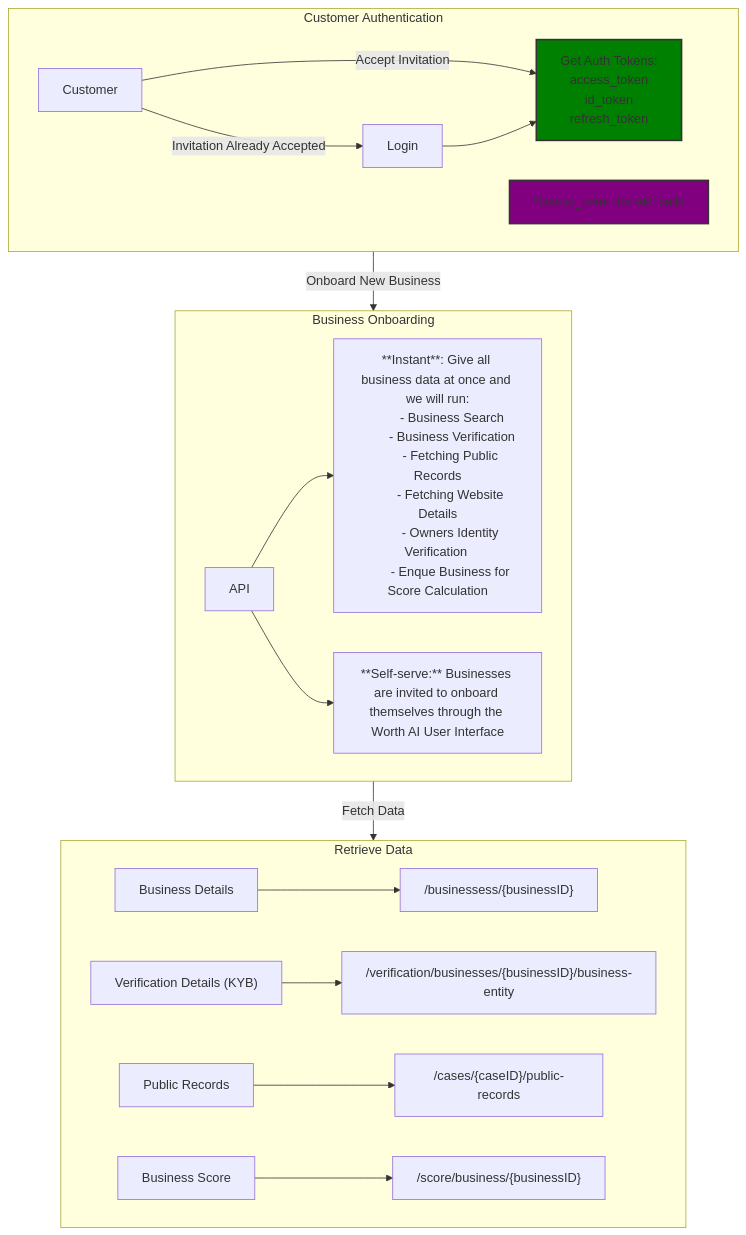
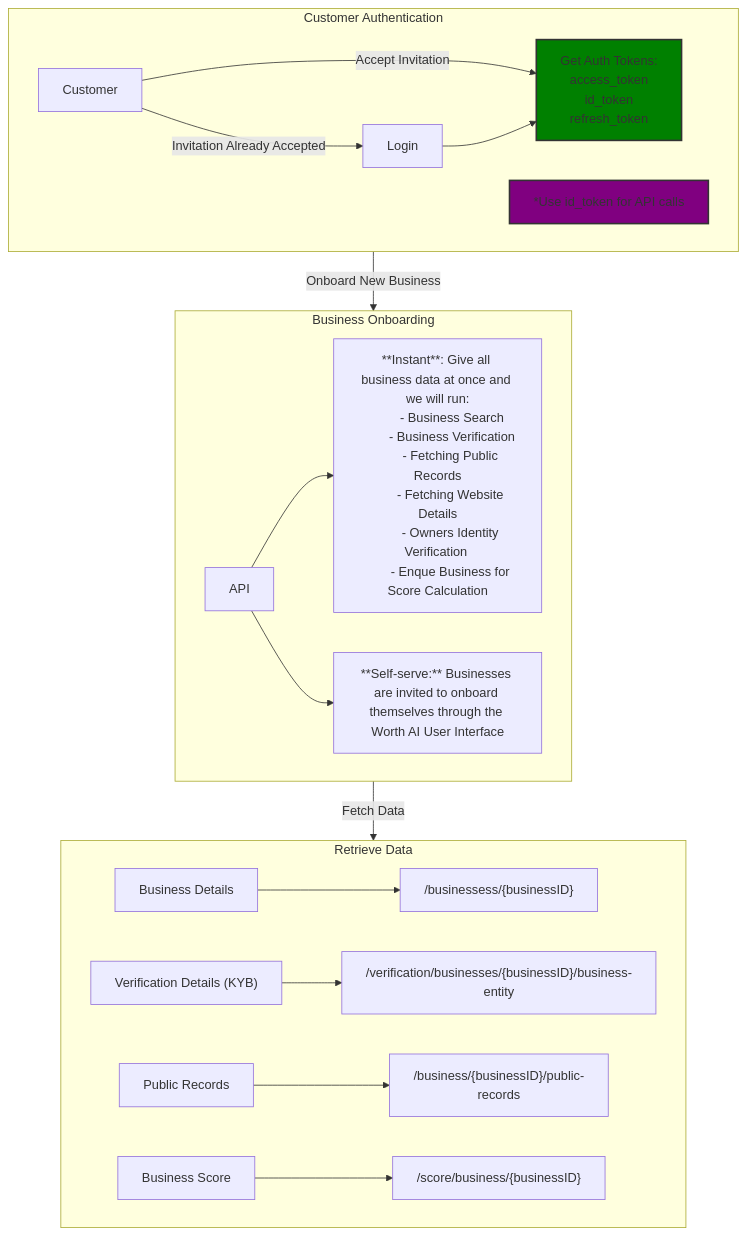
One commit to Miracle0524/api-docs changed the diagram in use-cases/onboarding/overview.mdx. Above: the diagram before and after it, drawn with Mermaid. The commit also changed 40 other files, not shown here.

````diff
--- a/use-cases/onboarding/overview.mdx
+++ b/use-cases/onboarding/overview.mdx
@@ -48,48 +48,48 @@
 ```mermaid
 flowchart TB
 
 %% Customer Section
 subgraph Customer_Auth[Customer Authentication]
     A[Customer] -->|Accept Invitation| B[
         Get Auth Tokens: 
         access_token 
         id_token 
         refresh_token
     ]
     A -->|Invitation Already Accepted| C[Login]
     C --> B
     B:::tokenStyle
     D[ *Use id_token for API calls ]:::apiTokenStyle
 end
 
 %% Connection from Customer Flow to Onboard Business
 Customer_Auth --Onboard New Business--> Onboarding
 
 %% Onboarding Section
 subgraph Onboarding [Business Onboarding]
     O[API]
     O --> P1[**Instant**: Give all business data at once and we will run:
         - Business Search
         - Business Verification
         - Fetching Public Records
         - Fetching Website Details
         - Owners Identity Verification 
         - Enque Business for Score Calculation
     ]
     O --> P2[**Self-serve:** Businesses are invited to onboard themselves through the Worth AI User Interface]
 end
 
 %% Fetching data
 subgraph Fetch[Retrieve Data]
     BUS["Business Details"] --> BUS1["/businessess/{businessID}"]
     V["Verification Details (KYB)"] --> VER["/verification/businesses/{businessID}/business-entity"]
-    P["Public Records"] --> PUB["/cases/{caseID}/public-records"]
+    P["Public Records"] --> PUB["/business/{businessID}/public-records"]
     S["Business Score"] --> SCO["/score/business/{businessID}"]
 end
 
 Onboarding --Fetch Data--> Fetch
 %% Styles
 classDef tokenStyle fill:green,stroke:#333,stroke-width:2px;
 classDef apiTokenStyle fill:purple,stroke:#333,stroke-width:2px;
 
 ```
````
